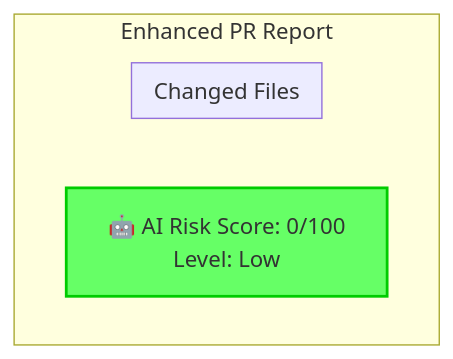
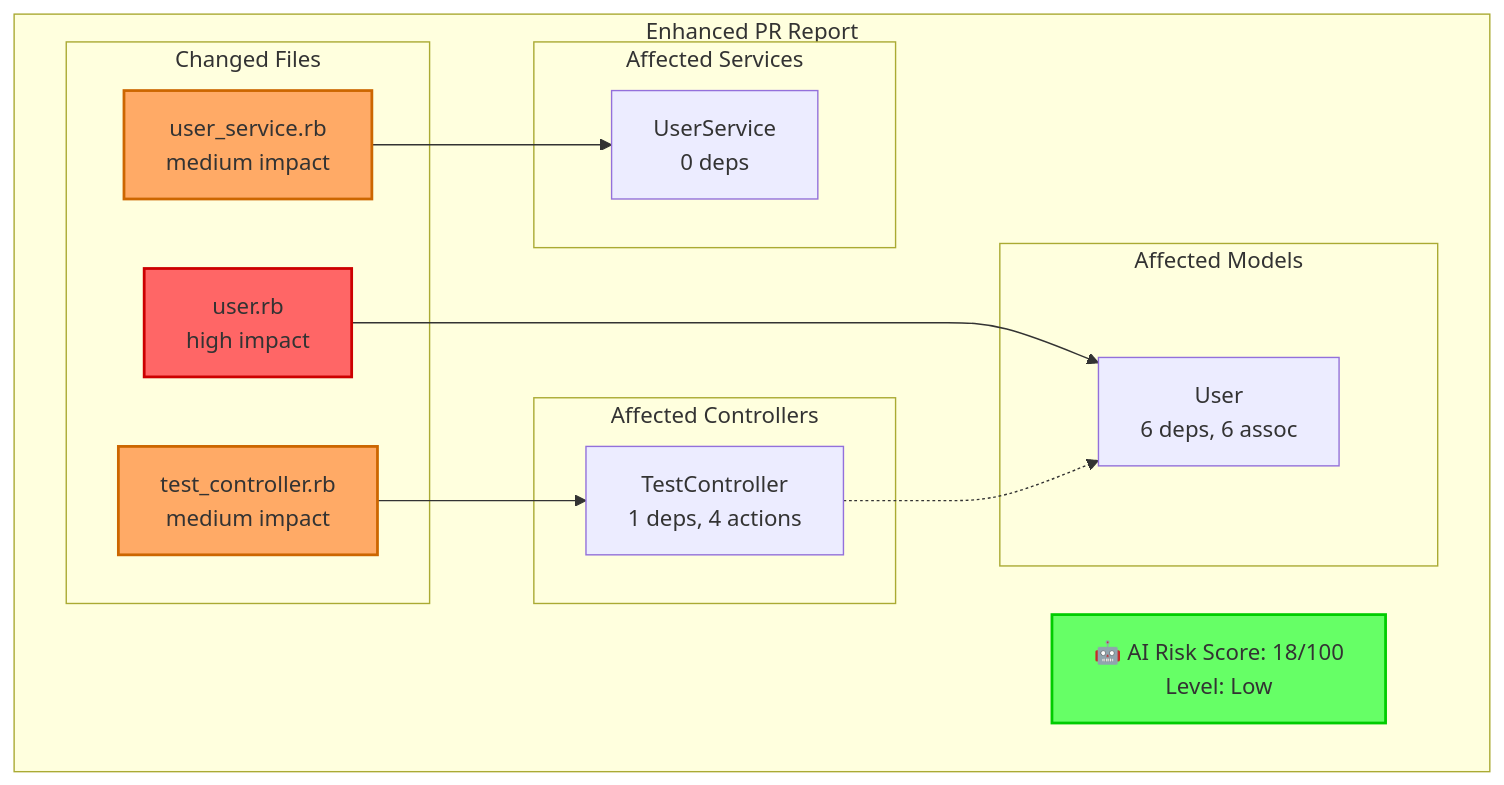
One commit to a3alani/system-visualizer-demo changed the diagram in docs/system-diagrams/reports/github_comment.md. Above: the diagram before and after it, drawn with Mermaid. The commit also changed other lines of this file and 16 other files, not shown here.

````diff
--- a/docs/system-diagrams/reports/github_comment.md
+++ b/docs/system-diagrams/reports/github_comment.md
@@ -21,23 +30,42 @@
 ```mermaid
 graph TD
   subgraph "Enhanced PR Report"
-    AIRisk["🤖 AI Risk Score: 0/100<br/>Level: Low"]:::lowRisk
+    AIRisk["🤖 AI Risk Score: 18/100<br/>Level: Low"]:::lowRisk
     subgraph "Changed Files"
+      app_controllers_test_controller_rb[test_controller.rb<br/>medium impact]:::mediumImpact
+      app_models_user_rb[user.rb<br/>high impact]:::highImpact
+      app_services_user_service_rb[user_service.rb<br/>medium impact]:::mediumImpact
+    end
+
+    subgraph "Affected Models"
+      User[User<br/>6 deps, 6 assoc]
+    end
+
+    subgraph "Affected Controllers"
+      TestController[TestController<br/>1 deps, 4 actions]
+    end
+
+    subgraph "Affected Services"
+      UserService[UserService<br/>0 deps]
     end
 
   end
 
   %% Direct file changes
+  app_controllers_test_controller_rb --> TestController
+  app_models_user_rb --> User
+  app_services_user_service_rb --> UserService
   %% Dependency relationships
+  TestController -.-> User
 
   classDef highImpact fill:#ff6666,stroke:#cc0000,stroke-width:2px
   classDef mediumImpact fill:#ffaa66,stroke:#cc6600,stroke-width:2px
   classDef lowImpact fill:#66ff66,stroke:#00cc00,stroke-width:2px
   classDef highComplexity fill:#ffcccc,stroke:#ff6666,stroke-width:2px
   classDef mediumComplexity fill:#ffffcc,stroke:#ffaa66,stroke-width:2px
   classDef lowComplexity fill:#ccffcc,stroke:#66ff66,stroke-width:2px
   classDef criticalRisk fill:#cc0000,stroke:#990000,stroke-width:3px,color:#ffffff
   classDef highRisk fill:#ff3333,stroke:#cc0000,stroke-width:2px
   classDef mediumRisk fill:#ffaa66,stroke:#cc6600,stroke-width:2px
   classDef lowRisk fill:#66ff66,stroke:#00cc00,stroke-width:2px
 ```
````
